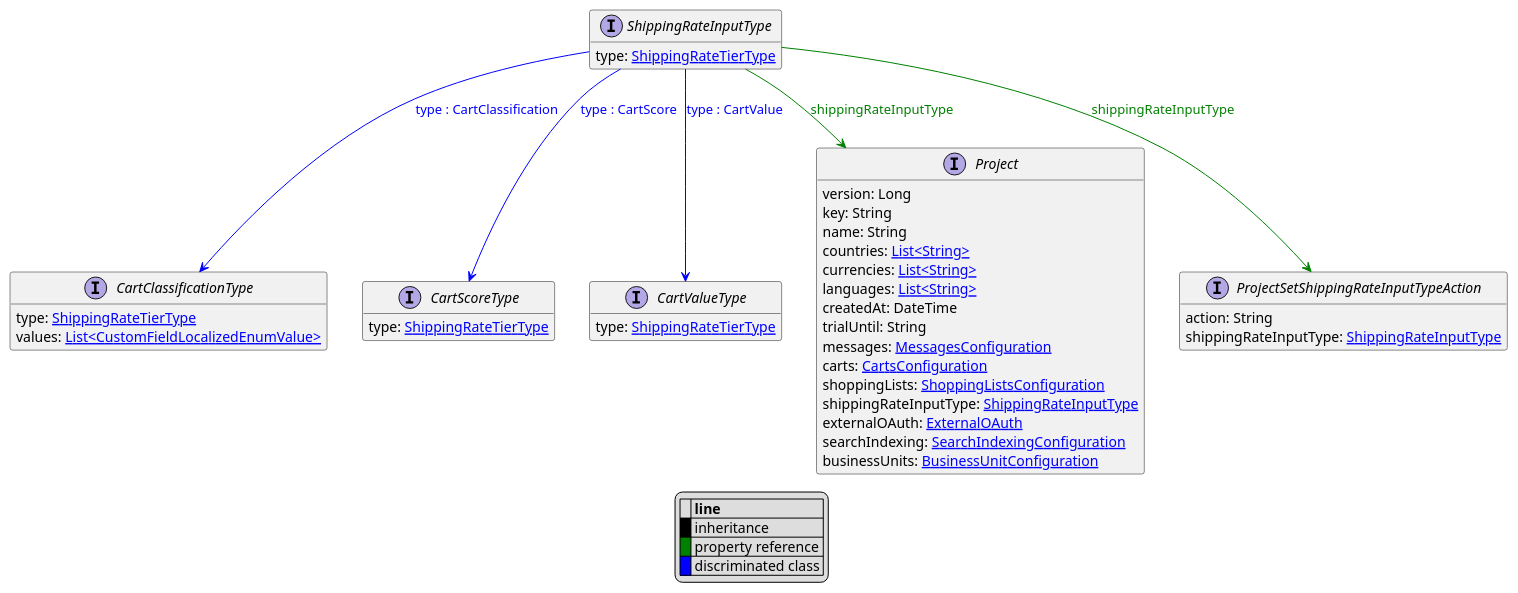
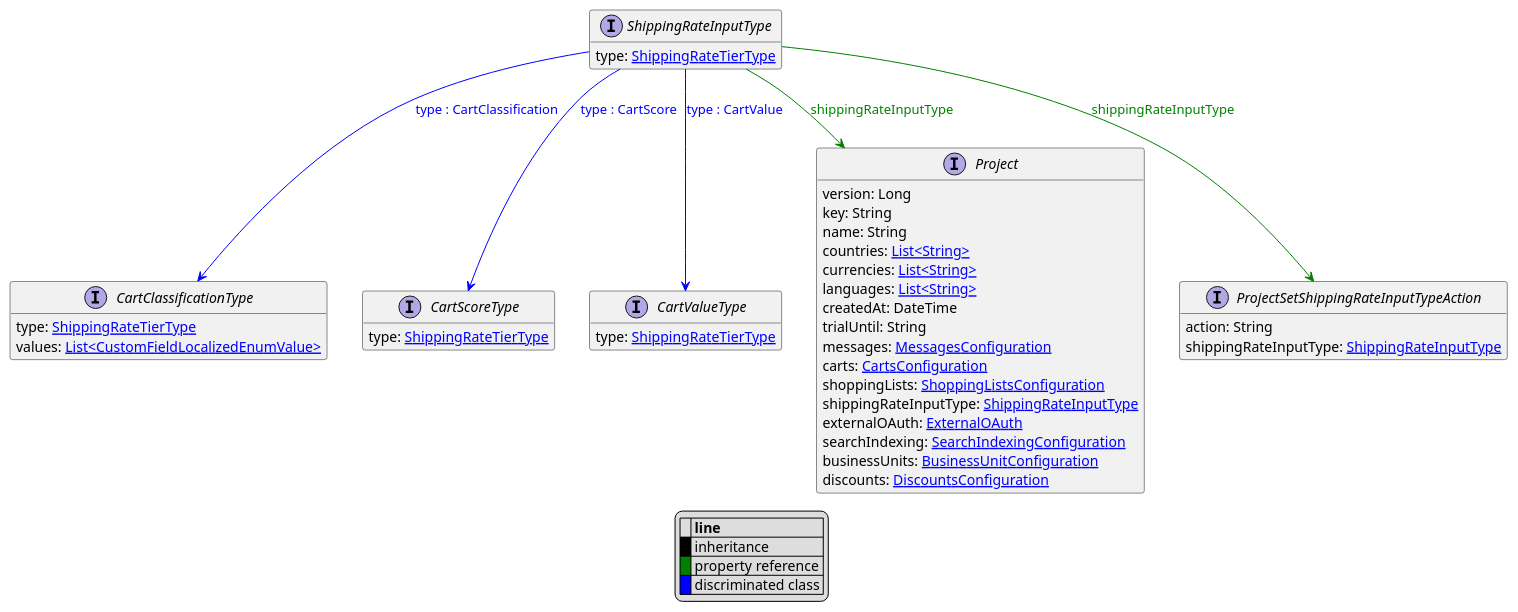
The diagram in uml/api/ShippingRateInputType.puml (commercetools/commercetools-api-reference), drawn with PlantUML before and after one commit. The commit also changed 23 other files, not shown here.

```diff
--- a/uml/api/ShippingRateInputType.puml
+++ b/uml/api/ShippingRateInputType.puml
@@ -1,52 +1,53 @@
 @startuml
 
 hide empty fields
 hide empty methods
 legend
 |= |= line |
 |<back:black>   </back>| inheritance |
 |<back:green>   </back>| property reference |
 |<back:blue>   </back>| discriminated class |
 endlegend
 interface ShippingRateInputType [[ShippingRateInputType.svg]]  {
     type: [[ShippingRateTierType.svg ShippingRateTierType]]
 }
 
 
 interface CartClassificationType [[CartClassificationType.svg]]  {
     type: [[ShippingRateTierType.svg ShippingRateTierType]]
     values: [[CustomFieldLocalizedEnumValue.svg List<CustomFieldLocalizedEnumValue>]]
 }
 interface CartScoreType [[CartScoreType.svg]]  {
     type: [[ShippingRateTierType.svg ShippingRateTierType]]
 }
 interface CartValueType [[CartValueType.svg]]  {
     type: [[ShippingRateTierType.svg ShippingRateTierType]]
 }
 interface Project [[Project.svg]]  {
     version: Long
     key: String
     name: String
     countries: [[String.svg List<String>]]
     currencies: [[String.svg List<String>]]
     languages: [[String.svg List<String>]]
     createdAt: DateTime
     trialUntil: String
     messages: [[MessagesConfiguration.svg MessagesConfiguration]]
     carts: [[CartsConfiguration.svg CartsConfiguration]]
     shoppingLists: [[ShoppingListsConfiguration.svg ShoppingListsConfiguration]]
     shippingRateInputType: [[ShippingRateInputType.svg ShippingRateInputType]]
     externalOAuth: [[ExternalOAuth.svg ExternalOAuth]]
     searchIndexing: [[SearchIndexingConfiguration.svg SearchIndexingConfiguration]]
     businessUnits: [[BusinessUnitConfiguration.svg BusinessUnitConfiguration]]
+    discounts: [[DiscountsConfiguration.svg DiscountsConfiguration]]
 }
 interface ProjectSetShippingRateInputTypeAction [[ProjectSetShippingRateInputTypeAction.svg]]  {
     action: String
     shippingRateInputType: [[ShippingRateInputType.svg ShippingRateInputType]]
 }
 ShippingRateInputType --> CartClassificationType #blue;text:blue : "type : CartClassification"
 ShippingRateInputType --> CartScoreType #blue;text:blue : "type : CartScore"
 ShippingRateInputType --> CartValueType #blue;text:blue : "type : CartValue"
 ShippingRateInputType --> Project #green;text:green : "shippingRateInputType"
 ShippingRateInputType --> ProjectSetShippingRateInputTypeAction #green;text:green : "shippingRateInputType"
 @enduml
```
